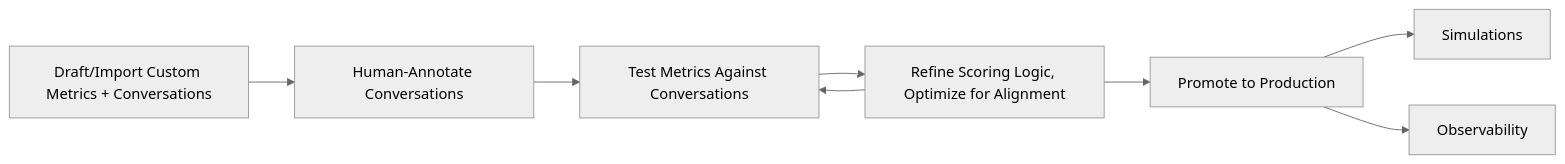
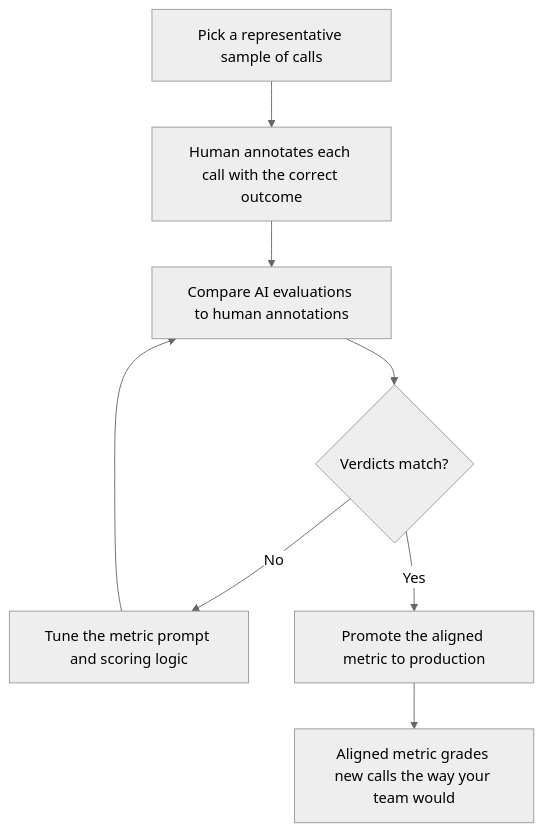
Before and after one commit to bluejay-ai-dev/docs: the diagram in key-concepts/metrics-lab/overview.mdx, drawn with Mermaid (neutral theme). The commit also changed other lines of this file and 3 other files, not shown here.

First line of the commit message:
add prompting guides for digital humans and custom metrics

````diff
--- a/key-concepts/metrics-lab/overview.mdx
+++ b/key-concepts/metrics-lab/overview.mdx
@@ -19,10 +22,10 @@
 ```mermaid
-flowchart LR
-    Draft[Draft/Import Custom Metrics + Conversations] --> Annotate[Human-Annotate Conversations]
-    Annotate --> Test[Test Metrics Against Conversations]
-    Test --> Refine[Refine Scoring Logic, Optimize for Alignment]
-    Refine --> Test
-    Refine --> Promote[Promote to Production]
-    Promote --> Sim[Simulations]
-    Promote --> Obs[Observability]
+flowchart TD
+    Calls[Pick a representative sample of calls] --> Annotate[Human annotates each call with the correct outcome]
+    Annotate --> Compare[Compare AI evaluations to human annotations]
+    Compare --> Gap{Verdicts match?}
+    Gap -->|No| Tune[Tune the metric prompt and scoring logic]
+    Tune --> Compare
+    Gap -->|Yes| Promote[Promote the aligned metric to production]
+    Promote --> Generalize[Aligned metric grades new calls the way your team would]
 ```
````
